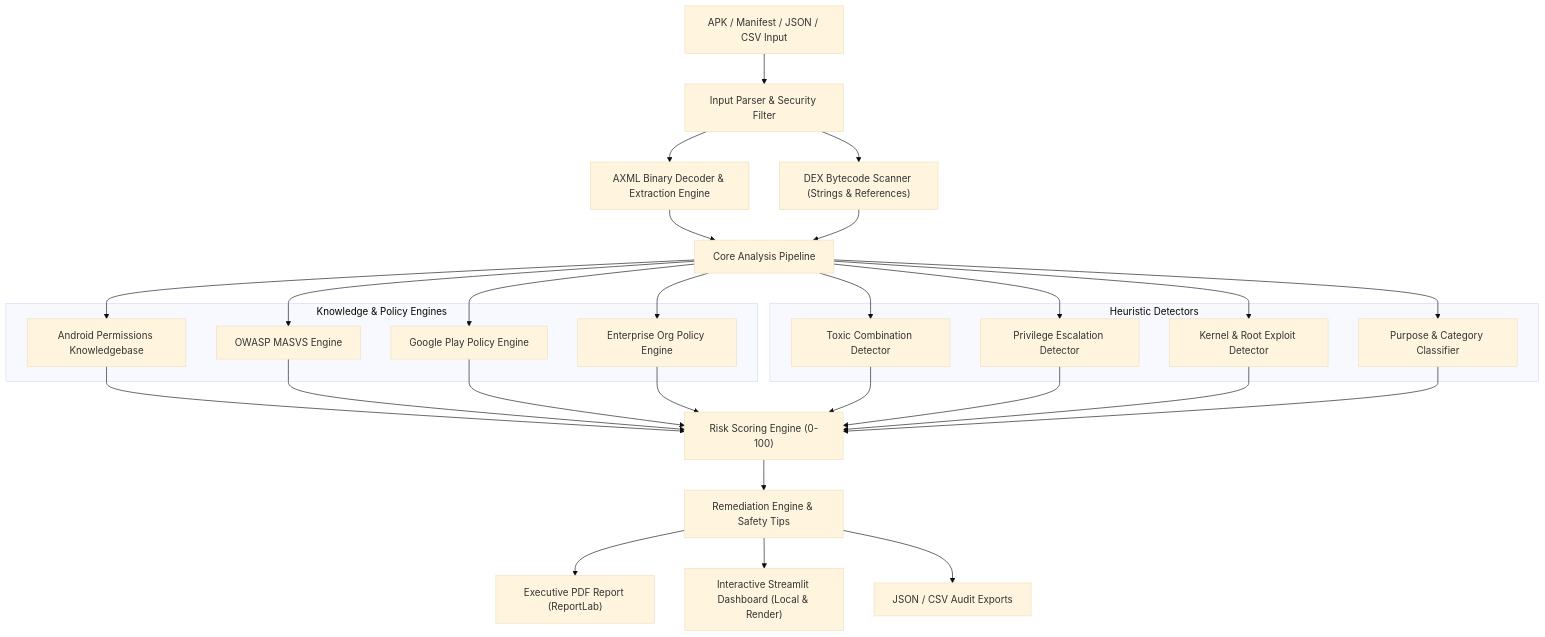
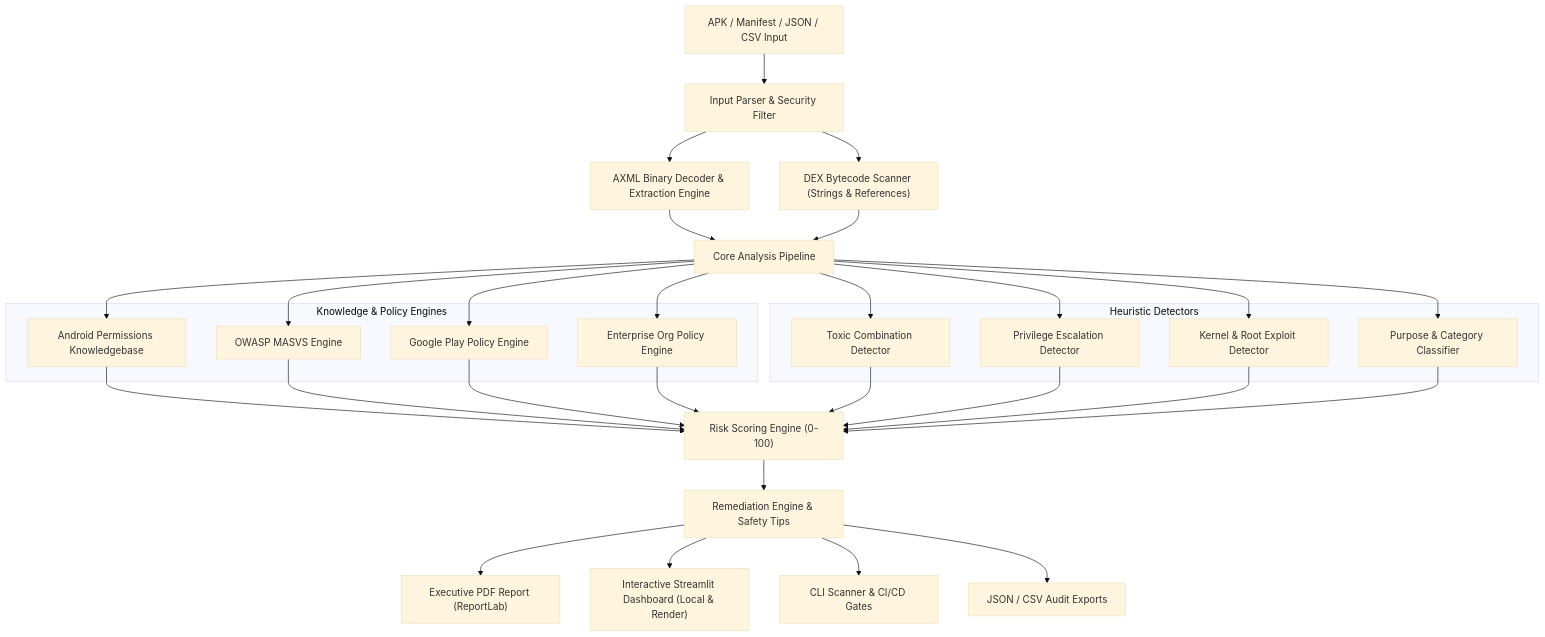
Before and after one commit to 999arya/PermGaurd: the diagram in README.md, drawn with Mermaid (base theme). The commit also changed other lines of this file and 7 other files, not shown here.

Commit message:
Add enterprise CLI scanner with CI/CD gates, secure Dockerfile, and GitHub Actions CI matrix

````diff
--- a/README.md
+++ b/README.md
@@ -45,33 +47,34 @@
 ```mermaid
 flowchart TD
     A["APK / Manifest / JSON / CSV Input"] --> B["Input Parser & Security Filter"]
     B --> C["AXML Binary Decoder & Extraction Engine"]
     B --> D["DEX Bytecode Scanner (Strings & References)"]
     
     C --> E["Core Analysis Pipeline"]
     D --> E
     
     subgraph Knowledge & Policy Engines
         F["Android Permissions Knowledgebase"]
         G["OWASP MASVS Engine"]
         H["Google Play Policy Engine"]
         I["Enterprise Org Policy Engine"]
     end
     
     subgraph Heuristic Detectors
         J["Toxic Combination Detector"]
         K["Privilege Escalation Detector"]
         L["Kernel & Root Exploit Detector"]
         M["Purpose & Category Classifier"]
     end
     
     E --> F & G & H & I
     E --> J & K & L & M
     
     F & G & H & I & J & K & L & M --> N["Risk Scoring Engine (0-100)"]
     N --> O["Remediation Engine & Safety Tips"]
     
     O --> P["Executive PDF Report (ReportLab)"]
     O --> Q["Interactive Streamlit Dashboard (Local & Render)"]
+    O --> R["CLI Scanner & CI/CD Gates"]
     O --> S["JSON / CSV Audit Exports"]
 ```
````
